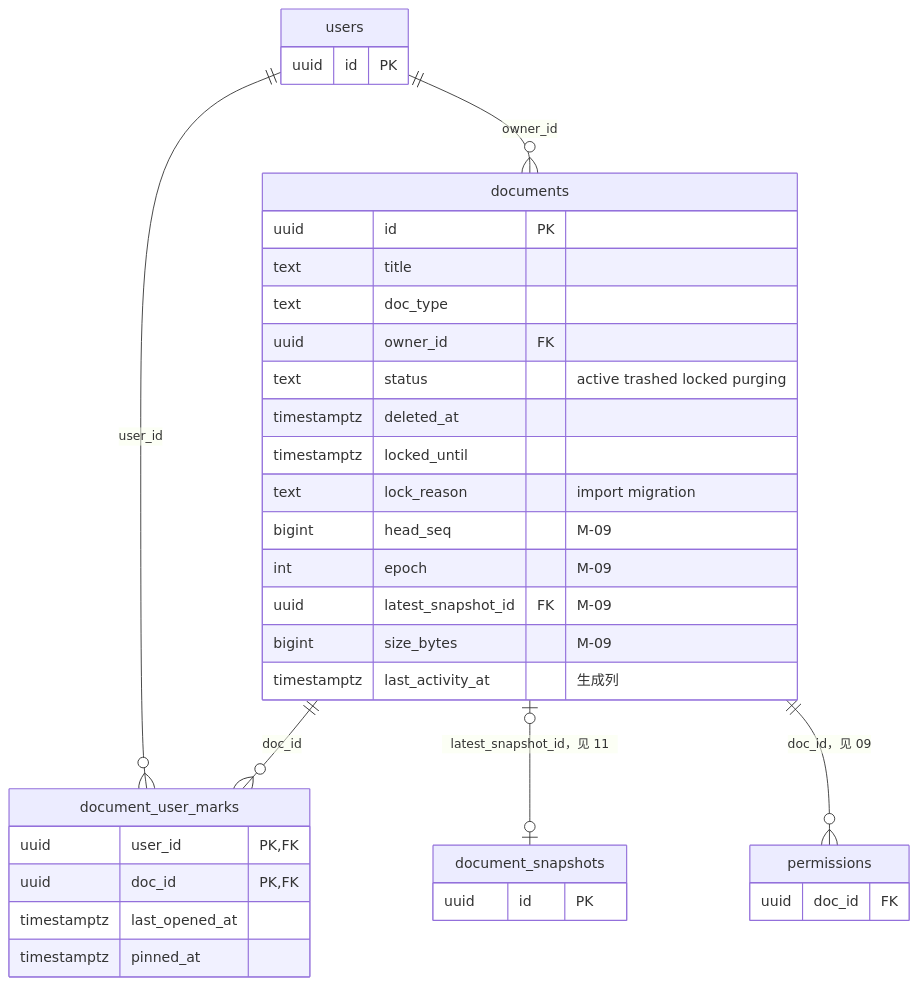
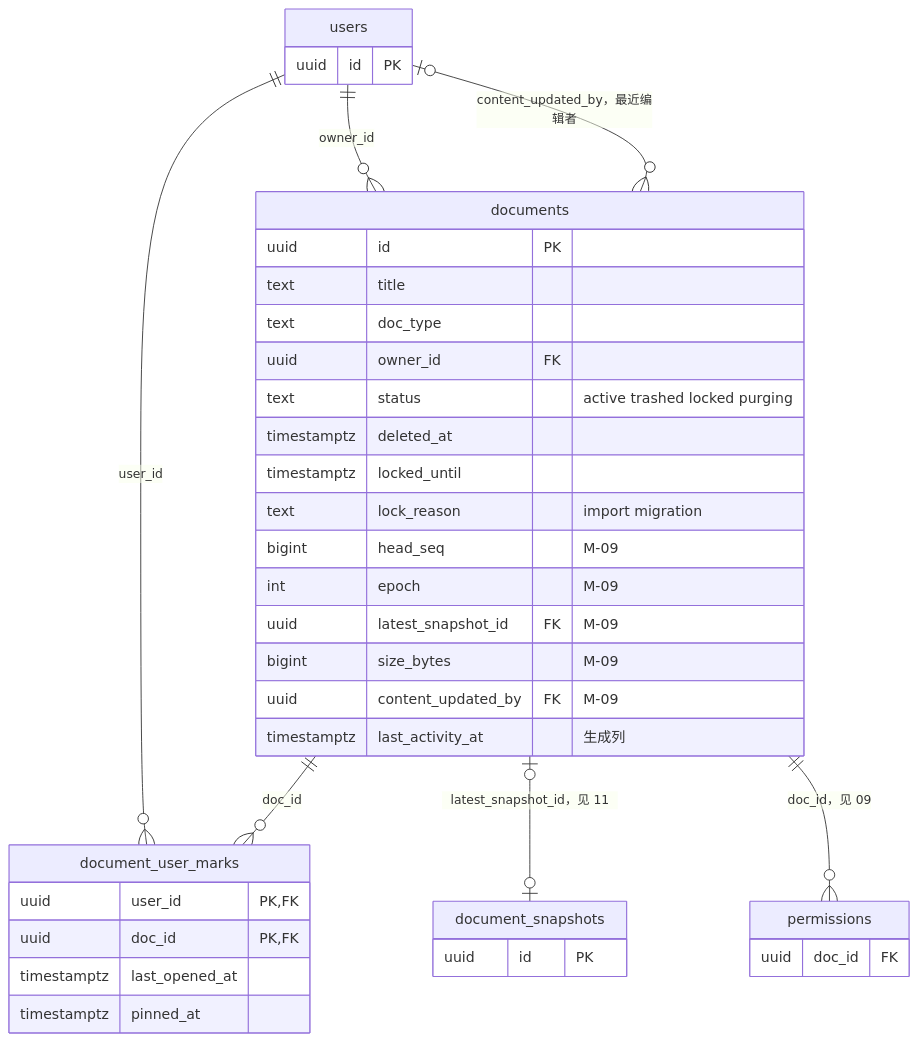
Before and after one commit to Xeonice/cordis-ppt-editor: the second of 4 diagrams in docs/60-backend/10-ddl-documents-marks-media.md, drawn with Mermaid. The commit also changed other lines of this file and 19 other files, not shown here.

````diff
--- a/docs/60-backend/10-ddl-documents-marks-media.md
+++ b/docs/60-backend/10-ddl-documents-marks-media.md
@@ -53,38 +53,40 @@
 ```mermaid
 erDiagram
   users ||--o{ documents : "owner_id"
+  users |o--o{ documents : "content_updated_by，最近编辑者"
   users ||--o{ document_user_marks : "user_id"
   documents ||--o{ document_user_marks : "doc_id"
   documents |o--o| document_snapshots : "latest_snapshot_id，见 11"
   documents ||--o{ permissions : "doc_id，见 09"
   documents {
     uuid id PK
     text title
     text doc_type
     uuid owner_id FK
     text status "active trashed locked purging"
     timestamptz deleted_at
     timestamptz locked_until
     text lock_reason "import migration"
     bigint head_seq "M-09"
     int epoch "M-09"
     uuid latest_snapshot_id FK "M-09"
     bigint size_bytes "M-09"
+    uuid content_updated_by FK "M-09"
     timestamptz last_activity_at "生成列"
   }
   document_user_marks {
     uuid user_id PK,FK
     uuid doc_id PK,FK
     timestamptz last_opened_at
     timestamptz pinned_at
   }
   users {
     uuid id PK
   }
   document_snapshots {
     uuid id PK
   }
   permissions {
     uuid doc_id FK
   }
 ```
````
